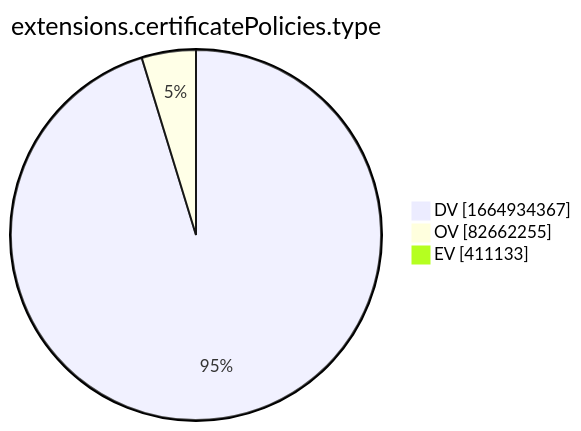
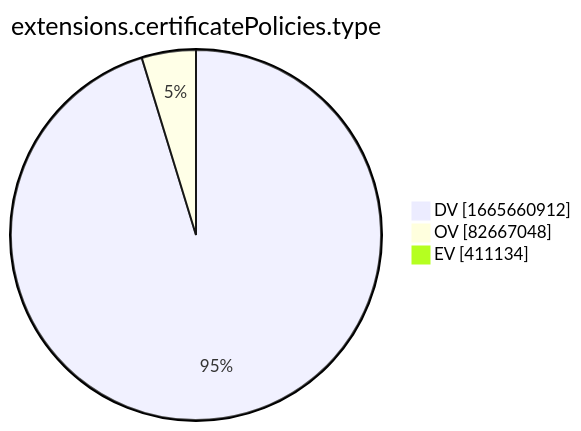
One commit to christiankrug/ctmonitor_visualization changed the tenth of 15 diagrams in xenon2022/README.md. Above: the diagram before and after it, drawn with Mermaid. The commit also changed other lines of this file, not shown here.

````diff
--- a/xenon2022/README.md
+++ b/xenon2022/README.md
@@ -2880,7 +2880,7 @@
 ```mermaid
 pie showData
 title extensions.certificatePolicies.type
-"DV" :1664934367
-"OV" :82662255
-"EV" :411133
+"DV" :1665660912
+"OV" :82667048
+"EV" :411134
 ```
````
